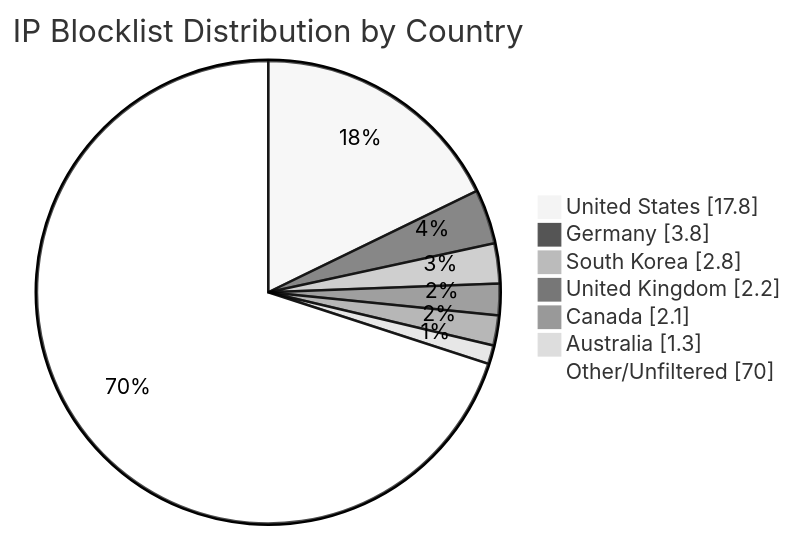
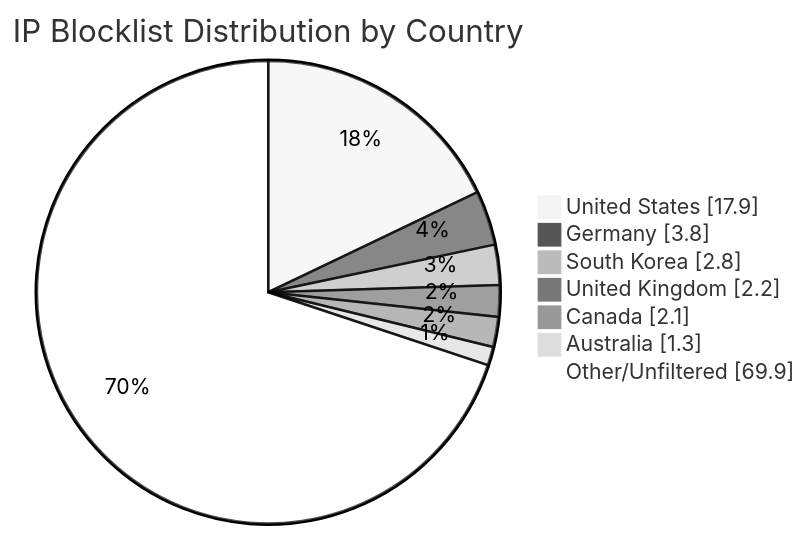
The diagram in README.md (MarcusHoltz/ipblocklist-geofiltered-aggregator), drawn with Mermaid (neutral theme) before and after one commit. The commit also changed other lines of this file and 9 other files, not shown here.

````diff
--- a/README.md
+++ b/README.md
@@ -34,10 +34,10 @@
 ```mermaid
 pie showData title IP Blocklist Distribution by Country
-"United States" : 17.8
+"United States" : 17.9
 "Germany" : 3.8
 "South Korea" : 2.8
 "United Kingdom" : 2.2
 "Canada" : 2.1
 "Australia" : 1.3
-"Other/Unfiltered" : 70.0
+"Other/Unfiltered" : 69.9
 ```
````
